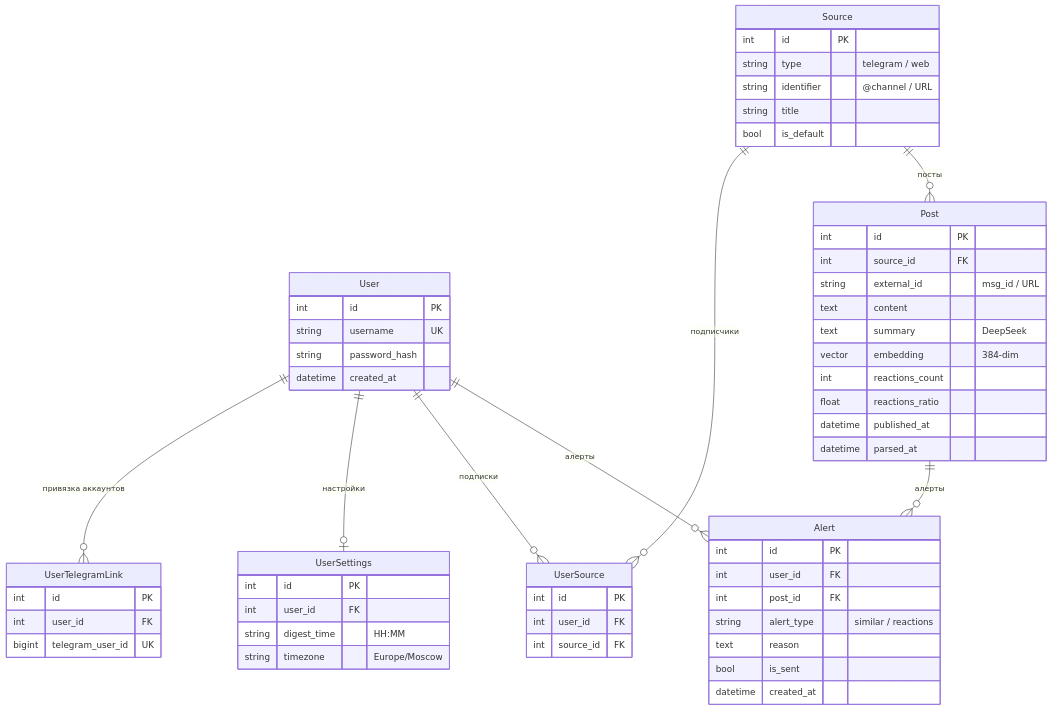
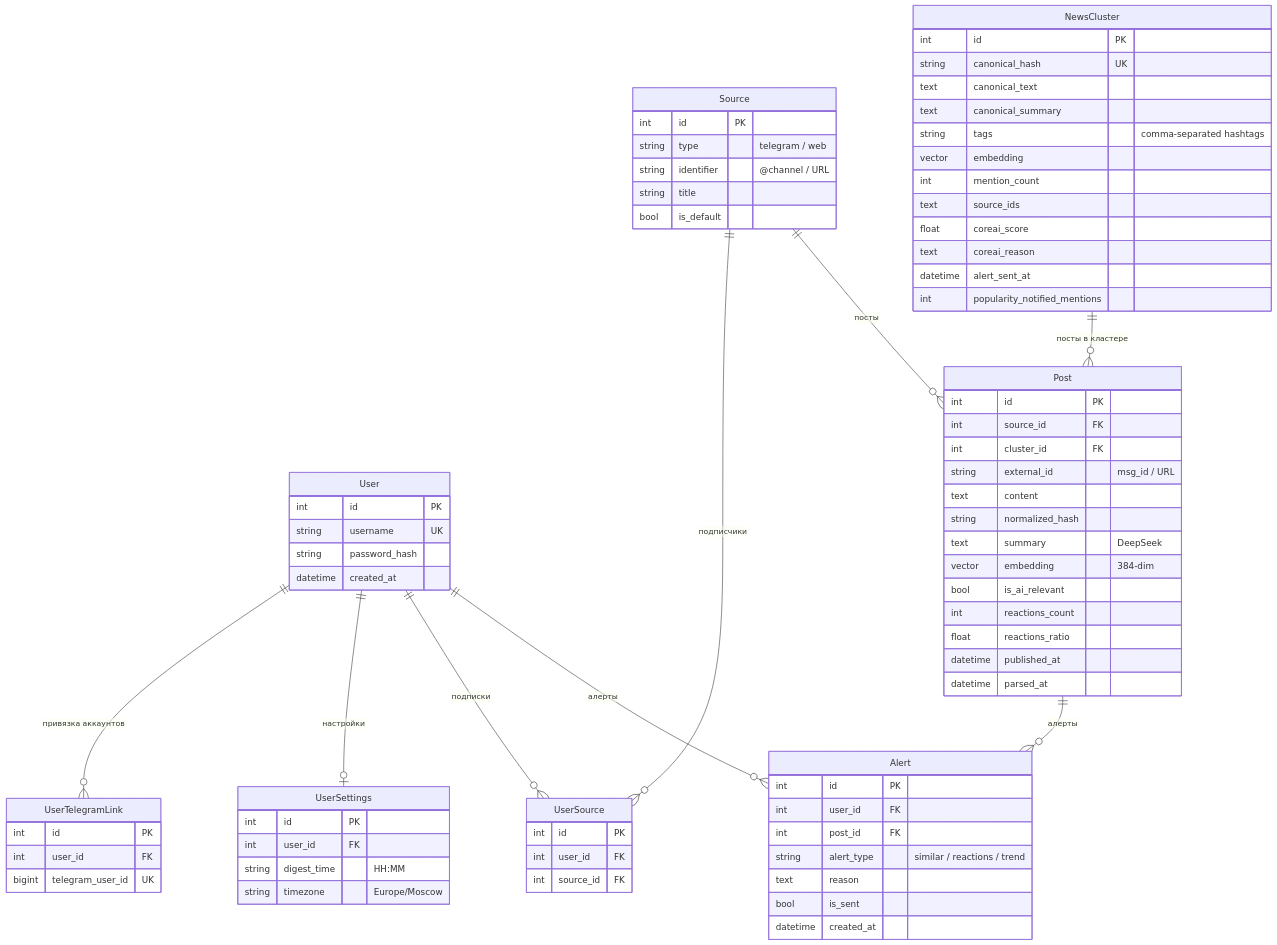
Before and after one commit to senya-2011/telegram-ai-channel-parser: the fifth of 9 diagrams in ARCHITECTURE.md, drawn with Mermaid. The commit also changed other lines of this file and 22 other files, not shown here.

```diff
--- a/ARCHITECTURE.md
+++ b/ARCHITECTURE.md
@@ -163,6 +175,7 @@
     User ||--o{ Alert : "алерты"
     Source ||--o{ UserSource : "подписчики"
     Source ||--o{ Post : "посты"
+    NewsCluster ||--o{ Post : "посты в кластере"
     Post ||--o{ Alert : "алерты"
 
     User {
@@ -202,21 +215,39 @@
     Post {
         int id PK
         int source_id FK
+        int cluster_id FK
         string external_id "msg_id / URL"
         text content
+        string normalized_hash
         text summary "DeepSeek"
         vector embedding "384-dim"
+        bool is_ai_relevant
         int reactions_count
         float reactions_ratio
         datetime published_at
         datetime parsed_at
     }
 
+    NewsCluster {
+        int id PK
+        string canonical_hash UK
+        text canonical_text
+        text canonical_summary
+        string tags "comma-separated hashtags"
+        vector embedding
+        int mention_count
+        text source_ids
+        float coreai_score
+        text coreai_reason
+        datetime alert_sent_at
+        int popularity_notified_mentions
+    }
+
     Alert {
         int id PK
         int user_id FK
         int post_id FK
-        string alert_type "similar / reactions"
+        string alert_type "similar / reactions / trend"
         text reason
         bool is_sent
         datetime created_at
```
